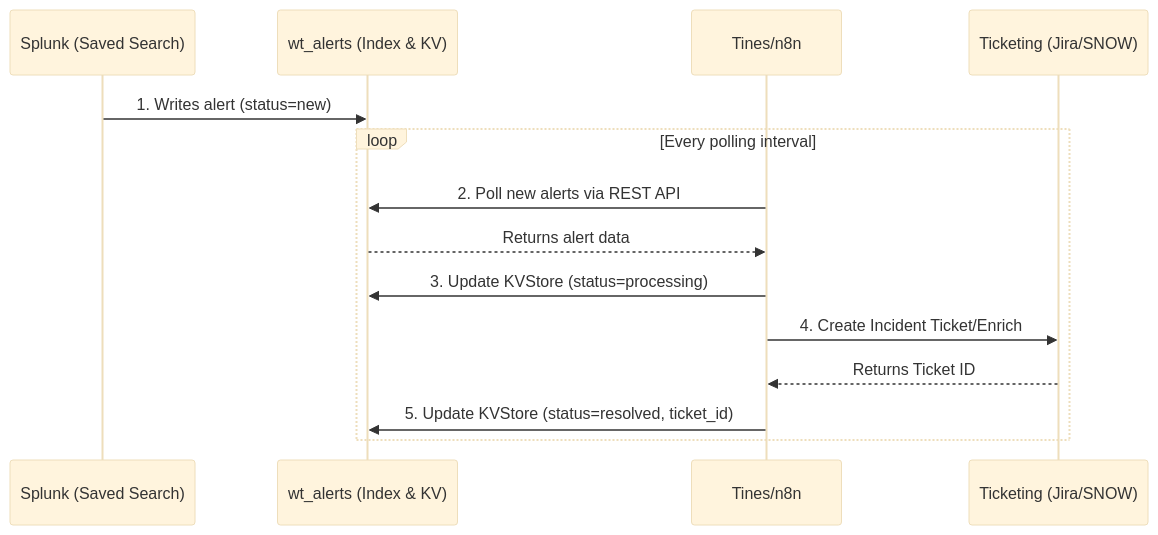
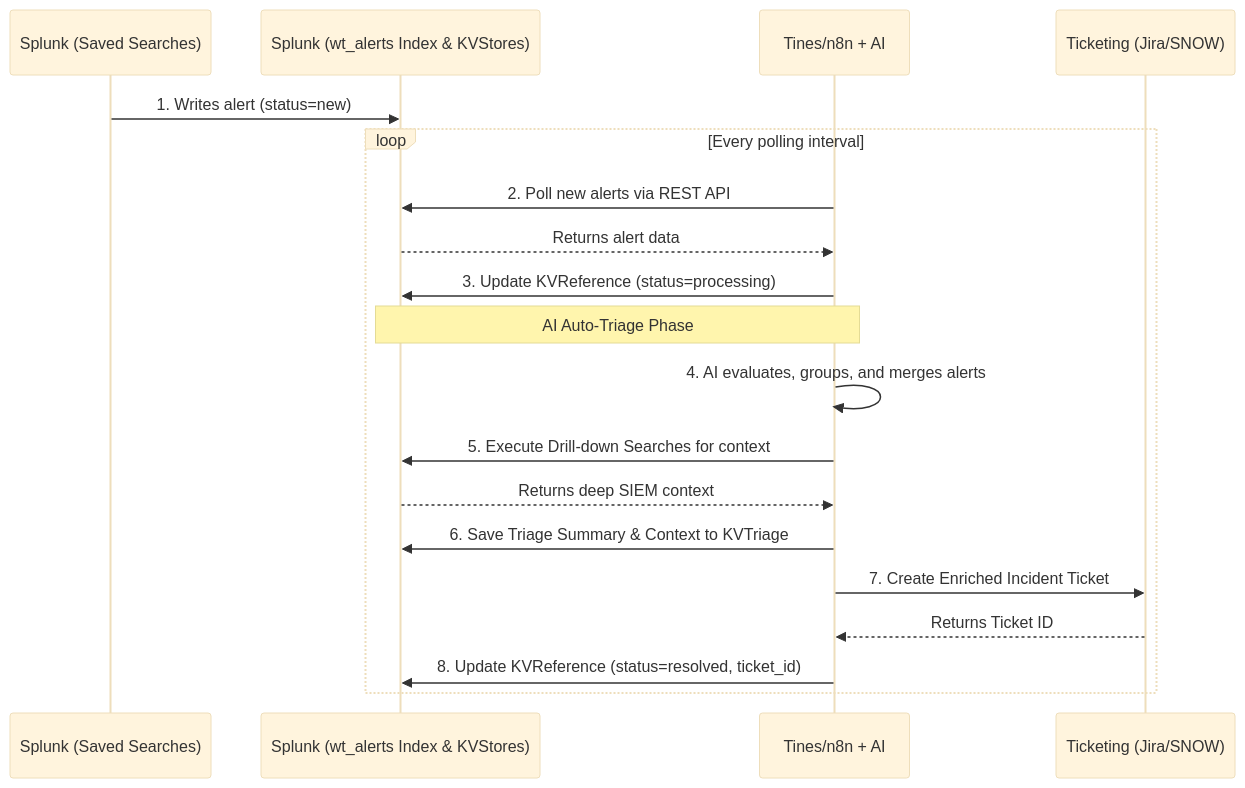
One commit to getkub/watchtower changed the diagram in docs/design/splunk/data_flow.md. Above: the diagram before and after it, drawn with Mermaid (base theme). The commit also changed other lines of this file and 10 other files, not shown here.

````diff
--- a/docs/design/splunk/data_flow.md
+++ b/docs/design/splunk/data_flow.md
@@ -3,17 +3,24 @@
 ```mermaid
 sequenceDiagram
-    participant S as Splunk (Saved Search)
-    participant W as wt_alerts (Index & KV)
-    participant T as Tines/n8n
+    participant S as Splunk (Saved Searches)
+    participant W as Splunk (wt_alerts Index & KVStores)
+    participant T as Tines/n8n + AI
     participant D as Ticketing (Jira/SNOW)
 
     S->>W: 1. Writes alert (status=new)
     loop Every polling interval
         T->>W: 2. Poll new alerts via REST API
         W-->>T: Returns alert data
-        T->>W: 3. Update KVStore (status=processing)
-        T->>D: 4. Create Incident Ticket/Enrich
+        T->>W: 3. Update KVReference (status=processing)
+        
+        Note over W,T: AI Auto-Triage Phase
+        T->>T: 4. AI evaluates, groups, and merges alerts
+        T->>W: 5. Execute Drill-down Searches for context
+        W-->>T: Returns deep SIEM context
+        T->>W: 6. Save Triage Summary & Context to KVTriage
+        
+        T->>D: 7. Create Enriched Incident Ticket
         D-->>T: Returns Ticket ID
-        T->>W: 5. Update KVStore (status=resolved, ticket_id)
+        T->>W: 8. Update KVReference (status=resolved, ticket_id)
     end
 ```
````
